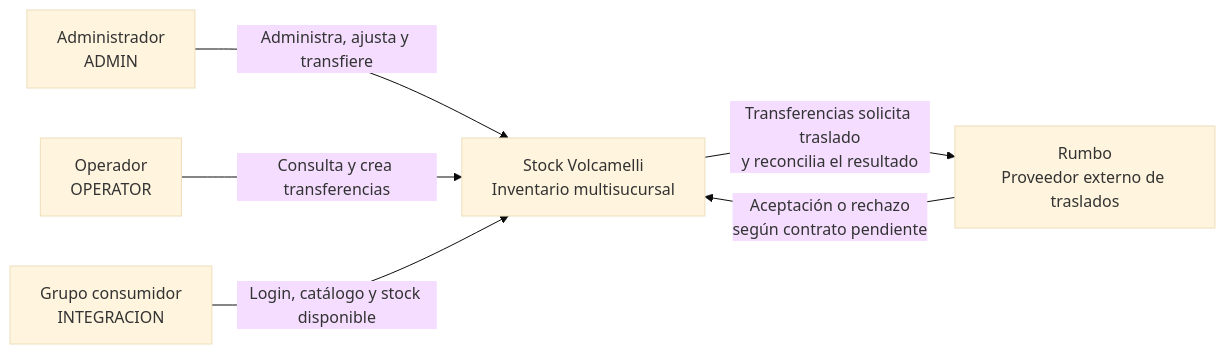
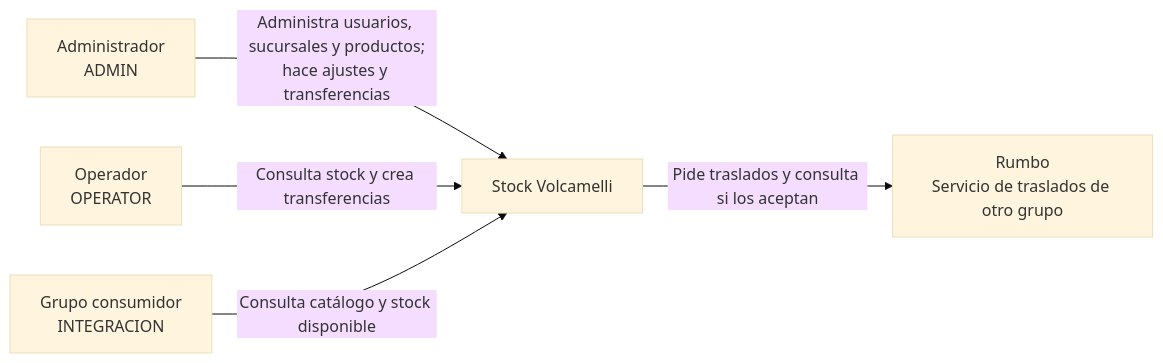
The diagram in docs/diagramas/contexto.md (tomyvolo/Stock-Volcamelli), drawn with Mermaid (base theme) before and after one commit. The commit also changed other lines of this file and 14 other files, not shown here.

````diff
--- a/docs/diagramas/contexto.md
+++ b/docs/diagramas/contexto.md
@@ -5,14 +5,13 @@
 ```mermaid
 flowchart LR
     A["Administrador<br/>ADMIN"]
     O["Operador<br/>OPERATOR"]
     C["Grupo consumidor<br/>INTEGRACION"]
-    SV["Stock Volcamelli<br/>Inventario multisucursal"]
-    R["Rumbo<br/>Proveedor externo de traslados"]
+    SV["Stock Volcamelli"]
+    R["Rumbo<br/>Servicio de traslados de otro grupo"]
 
-    A -->|"Administra, ajusta y transfiere"| SV
-    O -->|"Consulta y crea transferencias"| SV
-    C -->|"Login, catálogo y stock disponible"| SV
-    SV -->|"Transferencias solicita traslado<br/>y reconcilia el resultado"| R
-    R -->|"Aceptación o rechazo<br/>según contrato pendiente"| SV
+    A -->|"Administra usuarios, sucursales y productos;<br/>hace ajustes y transferencias"| SV
+    O -->|"Consulta stock y crea transferencias"| SV
+    C -->|"Consulta catálogo y stock disponible"| SV
+    SV -->|"Pide traslados y consulta si los aceptan"| R
 ```
````
